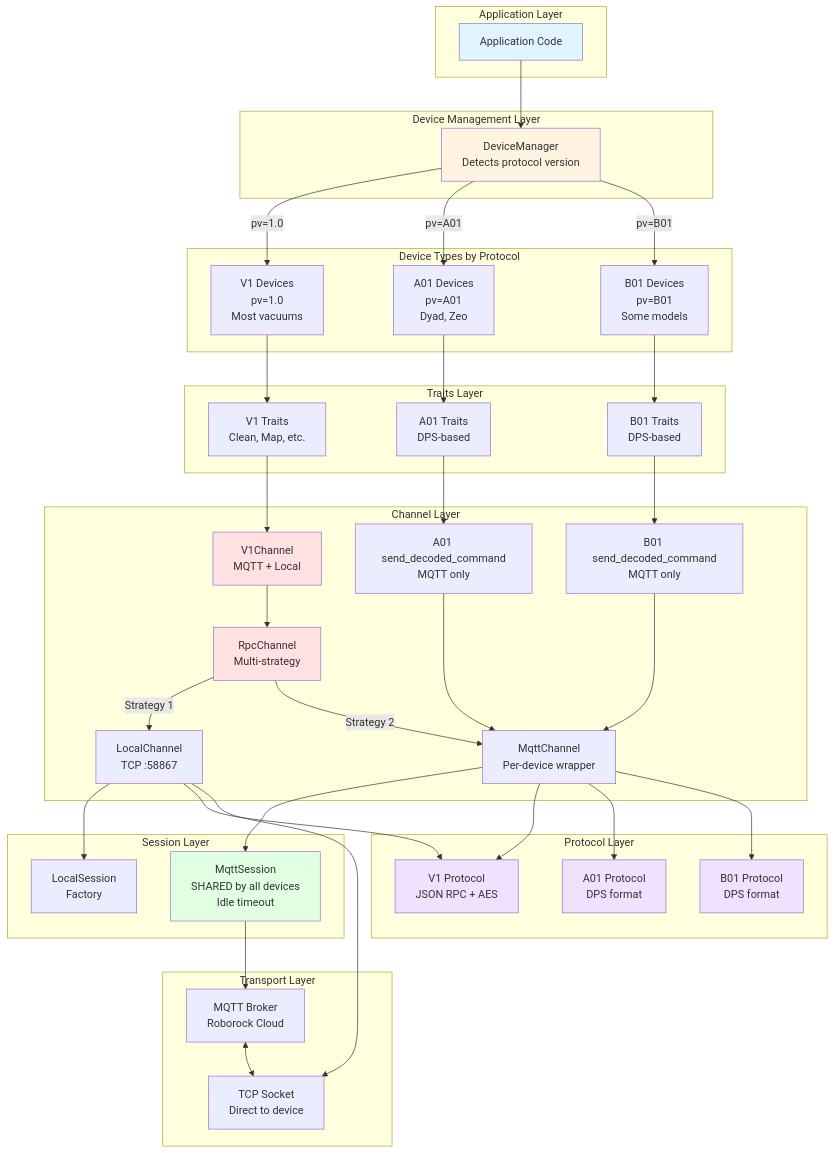
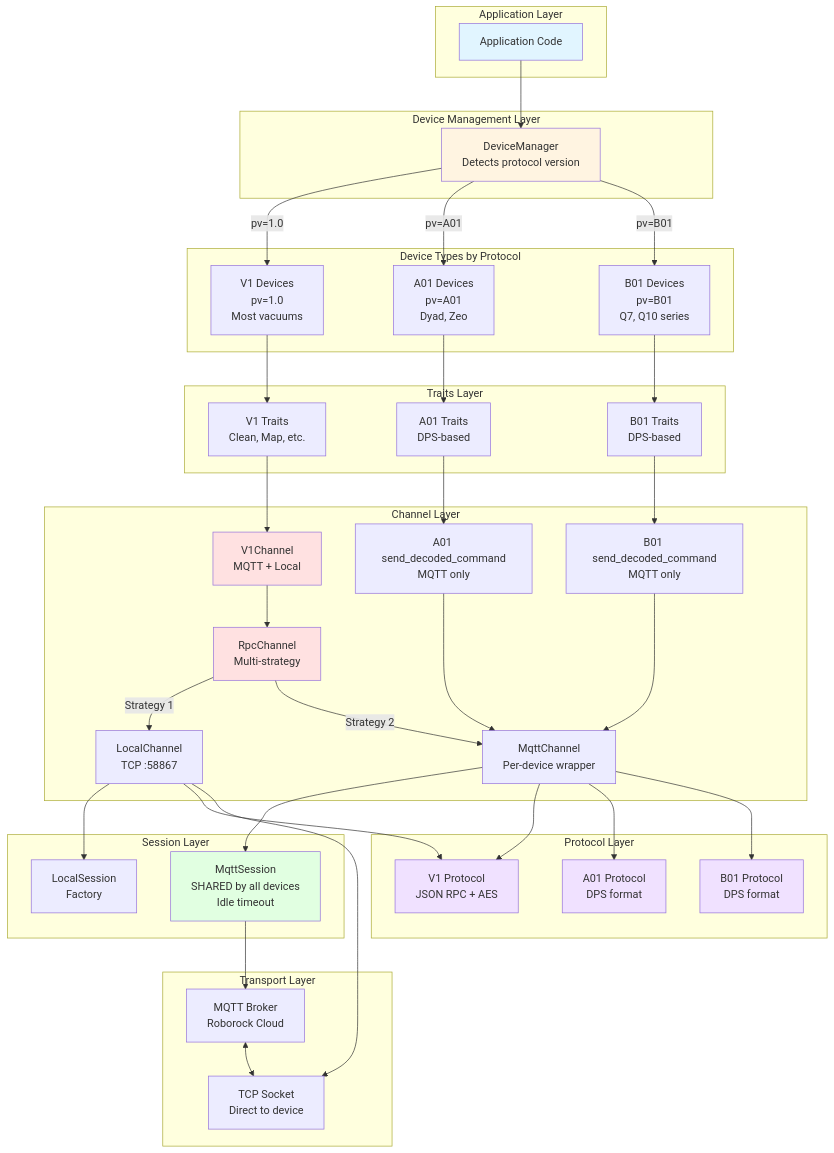
Before and after one commit to allenporter/python-roborock: the first of 6 diagrams in docs/DEVICES.md, drawn with Mermaid. The commit also changed other lines of this file and 5 other files, not shown here.

```diff
--- a/docs/DEVICES.md
+++ b/docs/DEVICES.md
@@ -47,7 +51,7 @@
     subgraph "Device Types by Protocol"
         V1Dev[V1 Devices<br/>pv=1.0<br/>Most vacuums]
         A01Dev[A01 Devices<br/>pv=A01<br/>Dyad, Zeo]
-        B01Dev[B01 Devices<br/>pv=B01<br/>Some models]
+        B01Dev[B01 Devices<br/>pv=B01<br/>Q7, Q10 series]
     end
 
     subgraph "Traits Layer"
```
